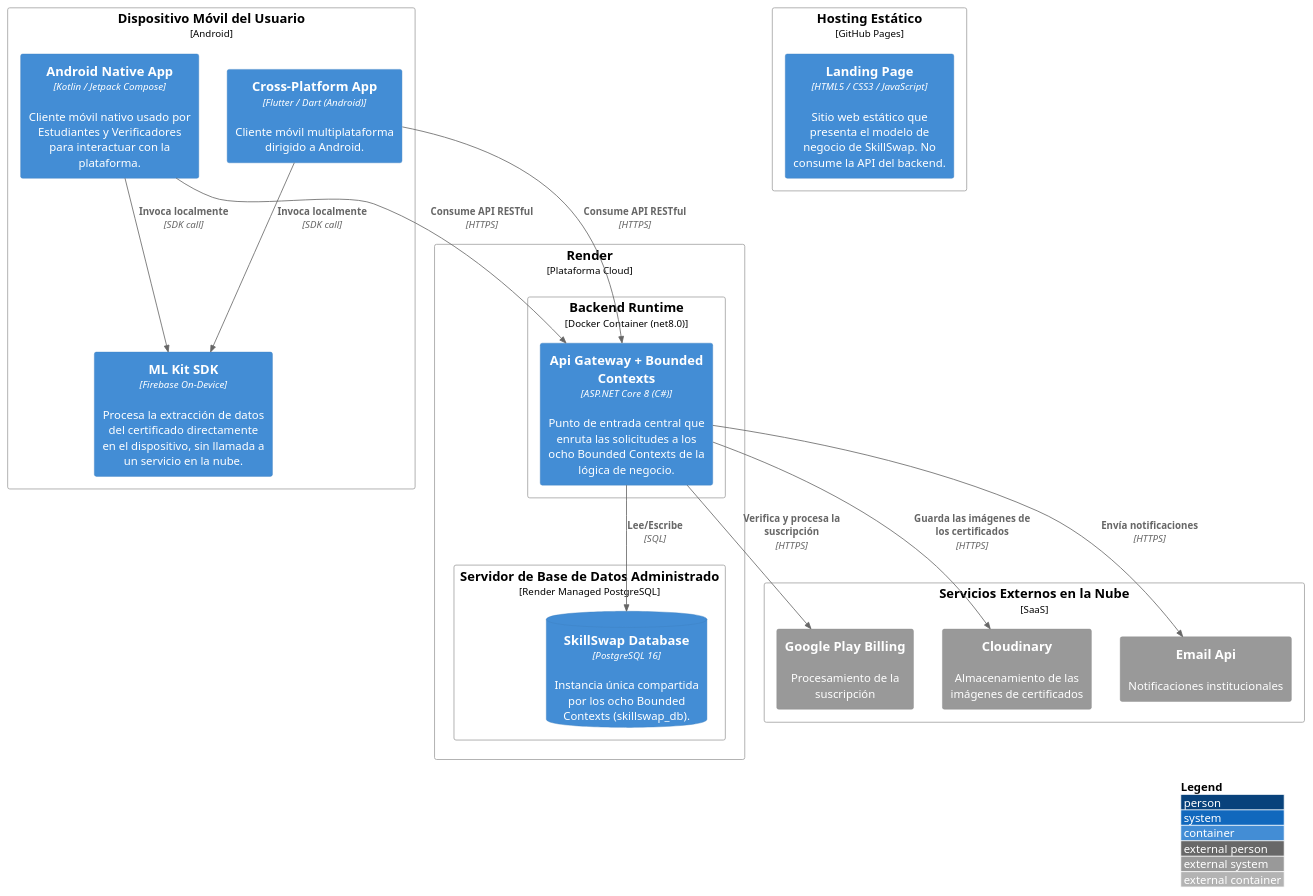
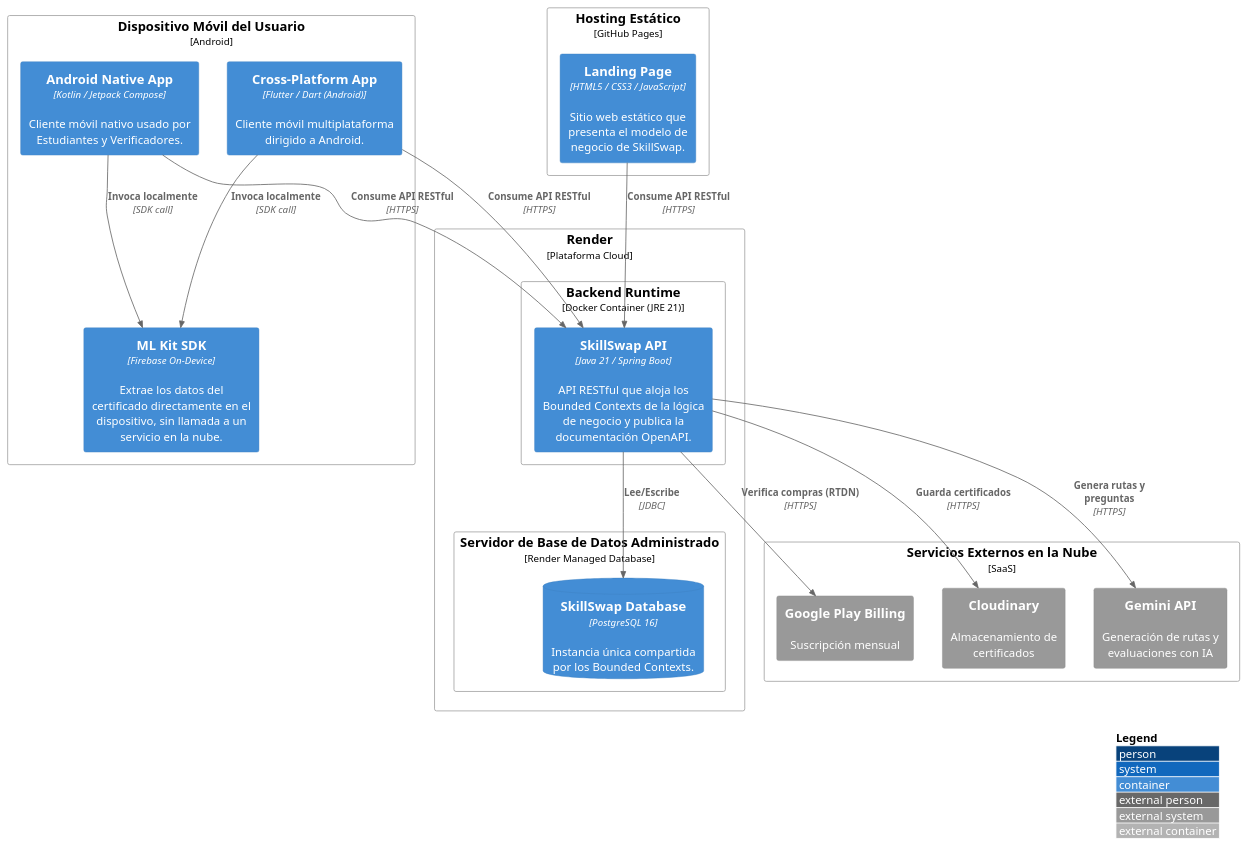
One commit to Aplicaciones-Dispositivos-Moviles/SkillSwap-ProjectReport changed the diagram in DB&C4/Deployment Diagram.puml. Above: the diagram before and after it, drawn with PlantUML. The commit also changed 2 other files, not shown here.

Commit message:
docs(cap4): add feature tags, openapi documentation commits and java deployment diagram

```diff
--- a/DB&C4/Deployment Diagram.puml
+++ b/DB&C4/Deployment Diagram.puml
@@ -1,43 +1,44 @@
 @startuml SkillSwapDeployment
 !include https://raw.githubusercontent.com/plantuml-stdlib/C4-PlantUML/master/C4_Deployment.puml
 
 LAYOUT_WITH_LEGEND()
 
 Deployment_Node(userDevice, "Dispositivo Móvil del Usuario", "Android"){
-    Container(androidApp, "Android Native App", "Kotlin / Jetpack Compose", "Cliente móvil nativo usado por Estudiantes y Verificadores para interactuar con la plataforma.")
+    Container(androidApp, "Android Native App", "Kotlin / Jetpack Compose", "Cliente móvil nativo usado por Estudiantes y Verificadores.")
     Container(flutterApp, "Cross-Platform App", "Flutter / Dart (Android)", "Cliente móvil multiplataforma dirigido a Android.")
-    Container(mlKitSdk, "ML Kit SDK", "Firebase On-Device", "Procesa la extracción de datos del certificado directamente en el dispositivo, sin llamada a un servicio en la nube.")
+    Container(mlKitSdk, "ML Kit SDK", "Firebase On-Device", "Extrae los datos del certificado directamente en el dispositivo, sin llamada a un servicio en la nube.")
 }
 
 Deployment_Node(staticHosting, "Hosting Estático", "GitHub Pages"){
-    Container(landingPage, "Landing Page", "HTML5 / CSS3 / JavaScript", "Sitio web estático que presenta el modelo de negocio de SkillSwap. No consume la API del backend.")
+    Container(landingPage, "Landing Page", "HTML5 / CSS3 / JavaScript", "Sitio web estático que presenta el modelo de negocio de SkillSwap.")
 }
 
 Deployment_Node(cloudPlatform, "Render", "Plataforma Cloud"){
-    Deployment_Node(backendRuntime, "Backend Runtime", "Docker Container (net8.0)"){
-        Container(apiGateway, "Api Gateway + Bounded Contexts", "ASP.NET Core 8 (C#)", "Punto de entrada central que enruta las solicitudes a los ocho Bounded Contexts de la lógica de negocio.")
+    Deployment_Node(backendRuntime, "Backend Runtime", "Docker Container (JRE 21)"){
+        Container(api, "SkillSwap API", "Java 21 / Spring Boot", "API RESTful que aloja los Bounded Contexts de la lógica de negocio y publica la documentación OpenAPI.")
     }
-    Deployment_Node(dbServer, "Servidor de Base de Datos Administrado", "Render Managed PostgreSQL"){
-        ContainerDb(mainDB, "SkillSwap Database", "PostgreSQL 16", "Instancia única compartida por los ocho Bounded Contexts (skillswap_db).")
+    Deployment_Node(dbServer, "Servidor de Base de Datos Administrado", "Render Managed Database"){
+        ContainerDb(mainDB, "SkillSwap Database", "PostgreSQL 16", "Instancia única compartida por los Bounded Contexts.")
     }
 }
 
 Deployment_Node(externalCloud, "Servicios Externos en la Nube", "SaaS"){
-    System_Ext(cloudStorage, "Cloudinary", "Almacenamiento de las imágenes de certificados")
-    System_Ext(emailService, "Email Api", "Notificaciones institucionales")
-    System_Ext(googlePlayBilling, "Google Play Billing", "Procesamiento de la suscripción")
+    System_Ext(cloudStorage, "Cloudinary", "Almacenamiento de certificados")
+    System_Ext(geminiApi, "Gemini API", "Generación de rutas y evaluaciones con IA")
+    System_Ext(playBilling, "Google Play Billing", "Suscripción mensual")
 }
 
 Rel(androidApp, mlKitSdk, "Invoca localmente", "SDK call")
 Rel(flutterApp, mlKitSdk, "Invoca localmente", "SDK call")
 
-Rel(androidApp, apiGateway, "Consume API RESTful", "HTTPS")
-Rel(flutterApp, apiGateway, "Consume API RESTful", "HTTPS")
+Rel(androidApp, api, "Consume API RESTful", "HTTPS")
+Rel(flutterApp, api, "Consume API RESTful", "HTTPS")
+Rel(landingPage, api, "Consume API RESTful", "HTTPS")
 
-Rel(apiGateway, mainDB, "Lee/Escribe", "SQL")
+Rel(api, mainDB, "Lee/Escribe", "JDBC")
 
-Rel(apiGateway, cloudStorage, "Guarda las imágenes de los certificados", "HTTPS")
-Rel(apiGateway, emailService, "Envía notificaciones", "HTTPS")
-Rel(apiGateway, googlePlayBilling, "Verifica y procesa la suscripción", "HTTPS")
+Rel(api, cloudStorage, "Guarda certificados", "HTTPS")
+Rel(api, geminiApi, "Genera rutas y preguntas", "HTTPS")
+Rel(api, playBilling, "Verifica compras (RTDN)", "HTTPS")
 
 @enduml
```
